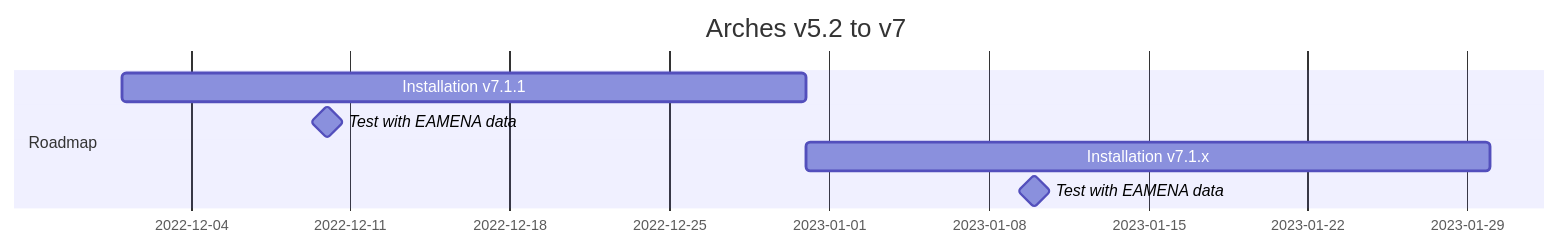
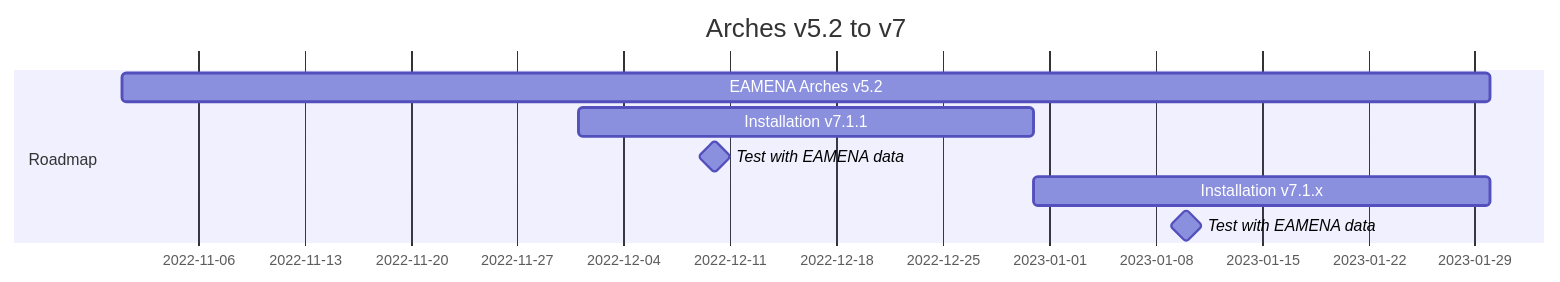
Before and after one commit to eamena-project/eamena-arches-dev: the first of 2 diagrams in dbs/database.eamena/README.md, drawn with Mermaid. The commit also changed other lines of this file, not shown here.

Commit message:
workflow Arches v5 v7

````diff
--- a/dbs/database.eamena/README.md
+++ b/dbs/database.eamena/README.md
@@ -5,10 +5,11 @@
 ```mermaid
 gantt
     title Arches v5.2 to v7
     dateFormat  YYYY-MM-DD
     section Roadmap
-    Installation v7.1.1      :a1, 2022-12-01, 30d
-    Test with EAMENA data    : milestone, m1, 2022-12-5, 10d
-    Installation v7.1.x      :after a1, 30d
-    Test with EAMENA data    : milestone, m2, 2023-01-5, 10d
+    EAMENA Arches v5.2       : a0, 2022-11-01, 90d
+    Installation v7.1.1      : a1, 2022-12-01, 30d
+    Test with EAMENA data    : milestone, m1, 2022-12-05, 10d
+    Installation v7.1.x      : after a1, 30d
+    Test with EAMENA data    : milestone, m2, 2023-01-05, 10d
 ```
````
